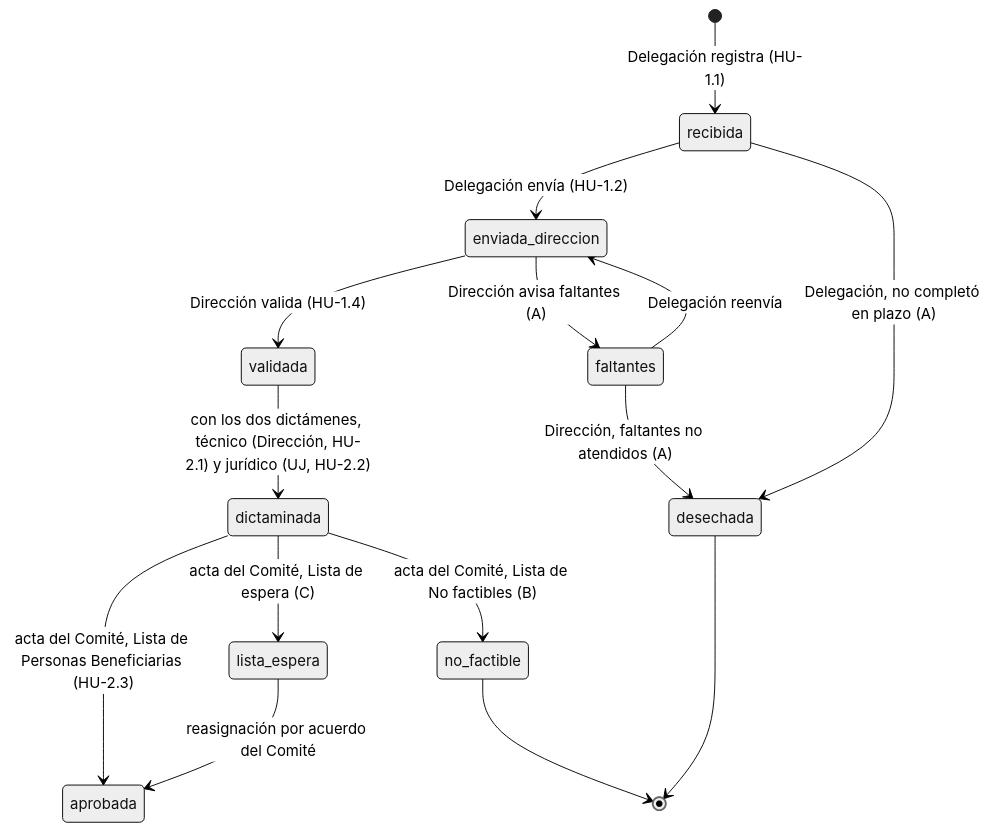
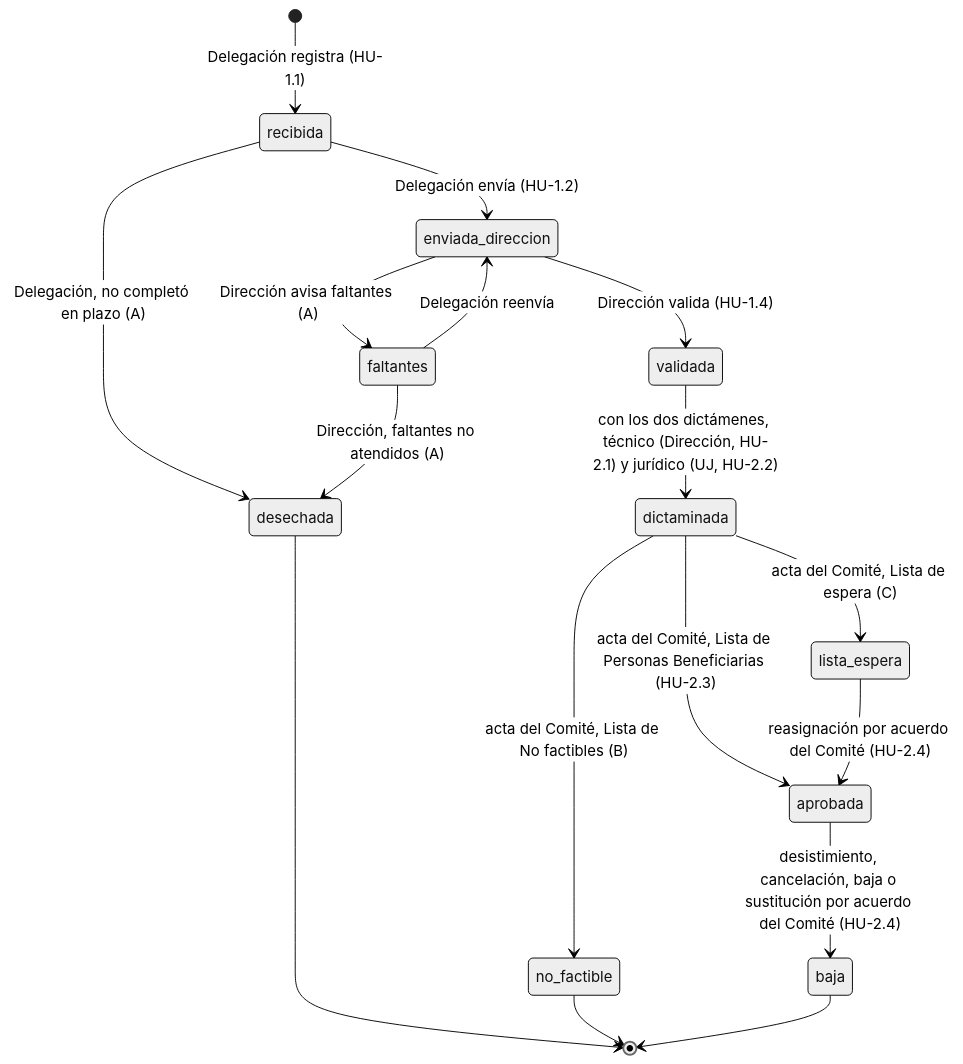
One commit to Zavjosh05/FEPI changed the diagram in sistema/README.md. Above: the diagram before and after it, drawn with Mermaid (neutral theme). The commit also changed other lines of this file and 270 other files, not shown here.

````diff
--- a/sistema/README.md
+++ b/sistema/README.md
@@ -133,17 +137,19 @@
 ```mermaid
 stateDiagram-v2
     [*] --> recibida: Delegación registra (HU-1.1)
     recibida --> enviada_direccion: Delegación envía (HU-1.2)
     recibida --> desechada: Delegación, no completó en plazo (A)
     enviada_direccion --> validada: Dirección valida (HU-1.4)
     enviada_direccion --> faltantes: Dirección avisa faltantes (A)
     faltantes --> enviada_direccion: Delegación reenvía
     faltantes --> desechada: Dirección, faltantes no atendidos (A)
     validada --> dictaminada: con los dos dictámenes, técnico (Dirección, HU-2.1) y jurídico (UJ, HU-2.2)
     dictaminada --> aprobada: acta del Comité, Lista de Personas Beneficiarias (HU-2.3)
     dictaminada --> lista_espera: acta del Comité, Lista de espera (C)
     dictaminada --> no_factible: acta del Comité, Lista de No factibles (B)
-    lista_espera --> aprobada: reasignación por acuerdo del Comité
+    lista_espera --> aprobada: reasignación por acuerdo del Comité (HU-2.4)
+    aprobada --> baja: desistimiento, cancelación, baja o sustitución por acuerdo del Comité (HU-2.4)
     desechada --> [*]
     no_factible --> [*]
+    baja --> [*]
 ```
````
